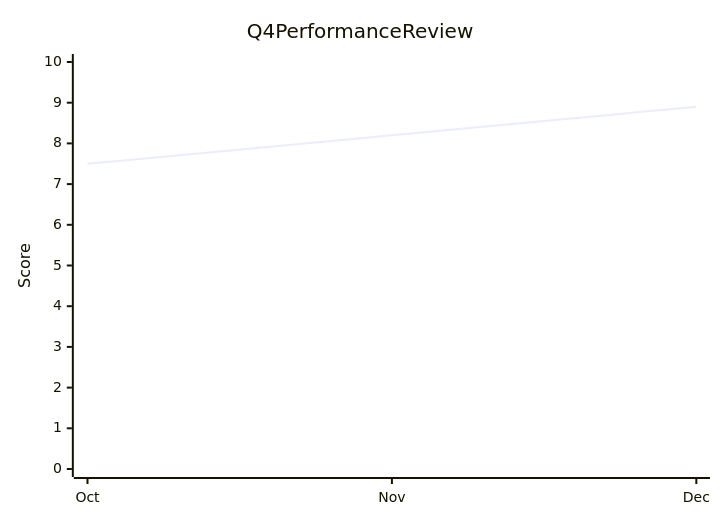
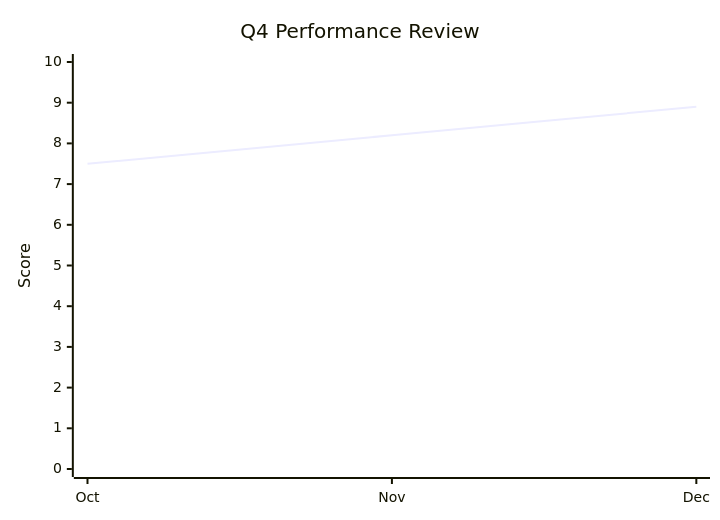
One commit to BitYoungjae/marketplace changed diagram 20 of 23 in plugins/obsidian-blocks/skills/mermaid-diagramming/xychart.md. Above: the diagram before and after it, drawn with Mermaid. The commit also changed other lines of this file and 14 other files, not shown here.

First line of the commit message:
feat(obsidian-blocks): add Session 3 Mermaid diagrams

````diff
--- a/plugins/obsidian-blocks/skills/mermaid-diagramming/xychart.md
+++ b/plugins/obsidian-blocks/skills/mermaid-diagramming/xychart.md
@@ -256,7 +264,7 @@
 ```mermaid
 xychart-beta
-    title Q4 Performance Review
+    title "Q4 Performance Review"
     x-axis [Oct, Nov, Dec]
     y-axis "Score" 0 --> 10
     line [7.5, 8.2, 8.9]
 ```
````
